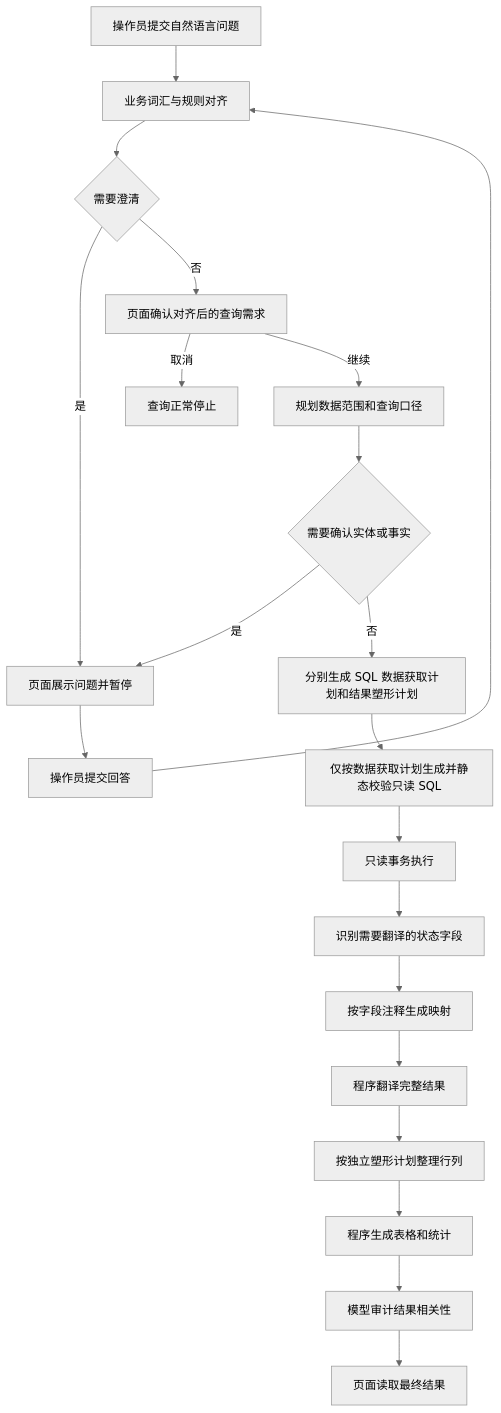
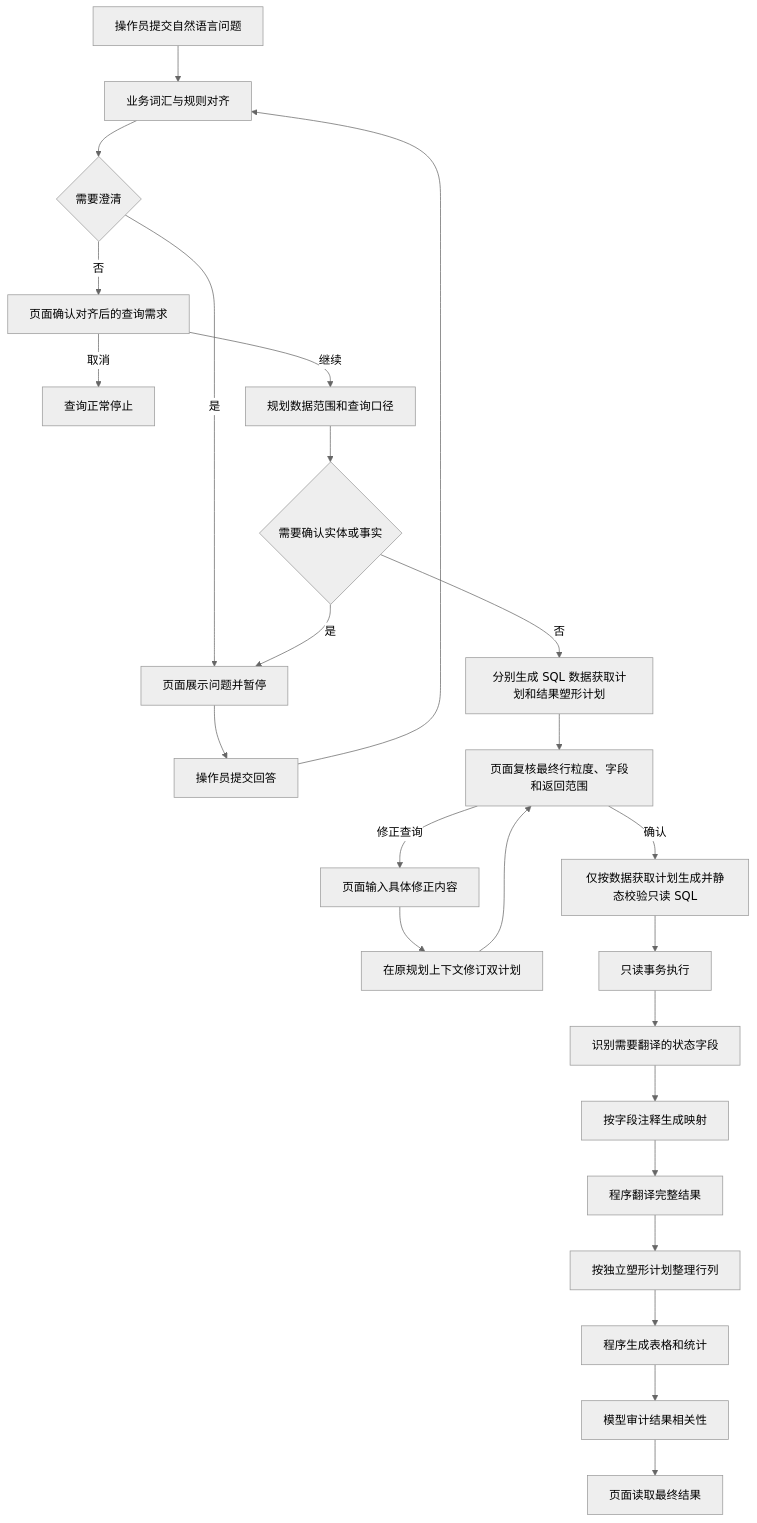
Before and after one commit to caicai-6666/flame-sport-pheno-manage-be: the diagram in description/features/query-agent.md, drawn with Mermaid (neutral theme). The commit also changed other lines of this file and 12 other files, not shown here.

````diff
--- a/description/features/query-agent.md
+++ b/description/features/query-agent.md
@@ -27,23 +27,27 @@
 ```mermaid
 flowchart TD
     A[操作员提交自然语言问题] --> B[业务词汇与规则对齐]
     B --> C{需要澄清}
     C -->|是| D[页面展示问题并暂停]
     D --> E[操作员提交回答]
     E --> B
     C -->|否| F[页面确认对齐后的查询需求]
     F -->|取消| G[查询正常停止]
     F -->|继续| H[规划数据范围和查询口径]
     H --> I{需要确认实体或事实}
     I -->|是| D
     I -->|否| J[分别生成 SQL 数据获取计划和结果塑形计划]
-    J --> K[仅按数据获取计划生成并静态校验只读 SQL]
+    J --> V[页面复核最终行粒度、字段和返回范围]
+    V -->|修正查询| X[页面输入具体修正内容]
+    X --> W[在原规划上下文修订双计划]
+    W --> V
+    V -->|确认| K[仅按数据获取计划生成并静态校验只读 SQL]
     K --> L[只读事务执行]
     L --> M[识别需要翻译的状态字段]
     M --> N[按字段注释生成映射]
     N --> O[程序翻译完整结果]
     O --> R[按独立塑形计划整理行列]
     R --> S[程序生成表格和统计]
     S --> T[模型审计结果相关性]
     T --> U[页面读取最终结果]
 ```
````
